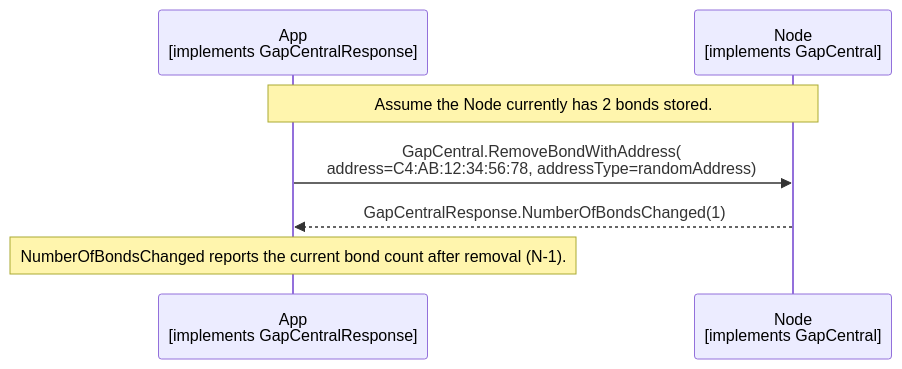
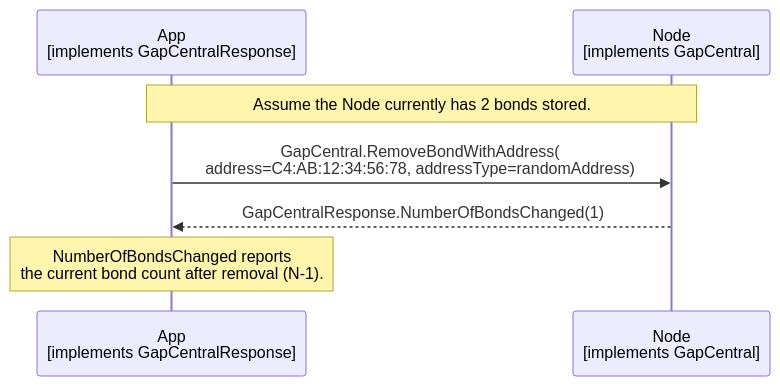
One commit to philips-software/amp-embedded-infra-lib changed the diagram in documents/modules/ROOT/partials/echoservices/gap_central/GapCentral_RemoveBondWithAddress_sequence.mmd. Above: the diagram before and after it, drawn with Mermaid. The commit also changed 27 other files, not shown here.

```diff
--- a/documents/modules/ROOT/partials/echoservices/gap_central/GapCentral_RemoveBondWithAddress_sequence.mmd
+++ b/documents/modules/ROOT/partials/echoservices/gap_central/GapCentral_RemoveBondWithAddress_sequence.mmd
@@ -1,10 +1,10 @@
 sequenceDiagram
     participant App as App<br>[implements GapCentralResponse]
     participant Node as Node<br>[implements GapCentral]
 
     Note over App, Node: Assume the Node currently has 2 bonds stored.
 
     App->>Node: GapCentral.RemoveBondWithAddress(<br>address=C4:AB:12:34:56:78, addressType=randomAddress)
     Node-->>App: GapCentralResponse.NumberOfBondsChanged(1)
 
-    Note over App: NumberOfBondsChanged reports the current bond count after removal (N-1).
+    Note over App: NumberOfBondsChanged reports<br>the current bond count after removal (N-1).
```
